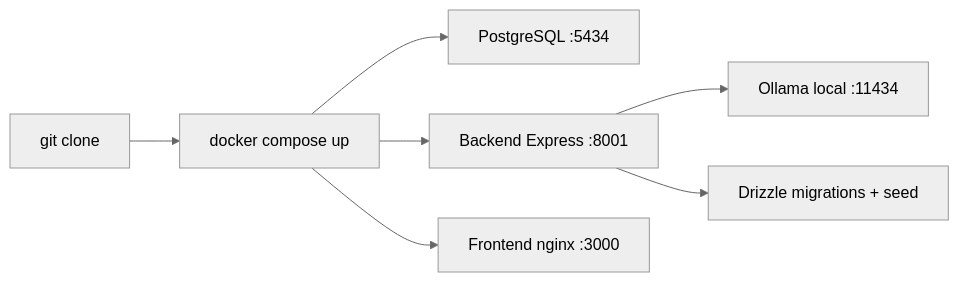
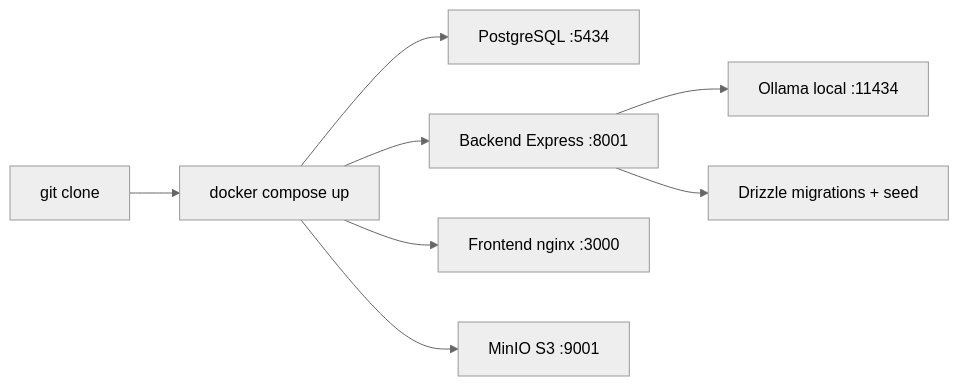
The first of 7 diagrams in README.md (menoc61/repora-web), drawn with Mermaid (neutral theme) before and after one commit. The commit also changed other lines of this file and 73 other files, not shown here.

````diff
--- a/README.md
+++ b/README.md
@@ -26,9 +26,10 @@
 ```mermaid
 graph LR
     A[git clone] --> B[docker compose up]
     B --> C[PostgreSQL :5434]
     B --> D[Backend Express :8001]
     B --> E[Frontend nginx :3000]
+    B --> H[MinIO S3 :9001]
     D --> F[Ollama local :11434]
     D --> G[Drizzle migrations + seed]
 ```
````
